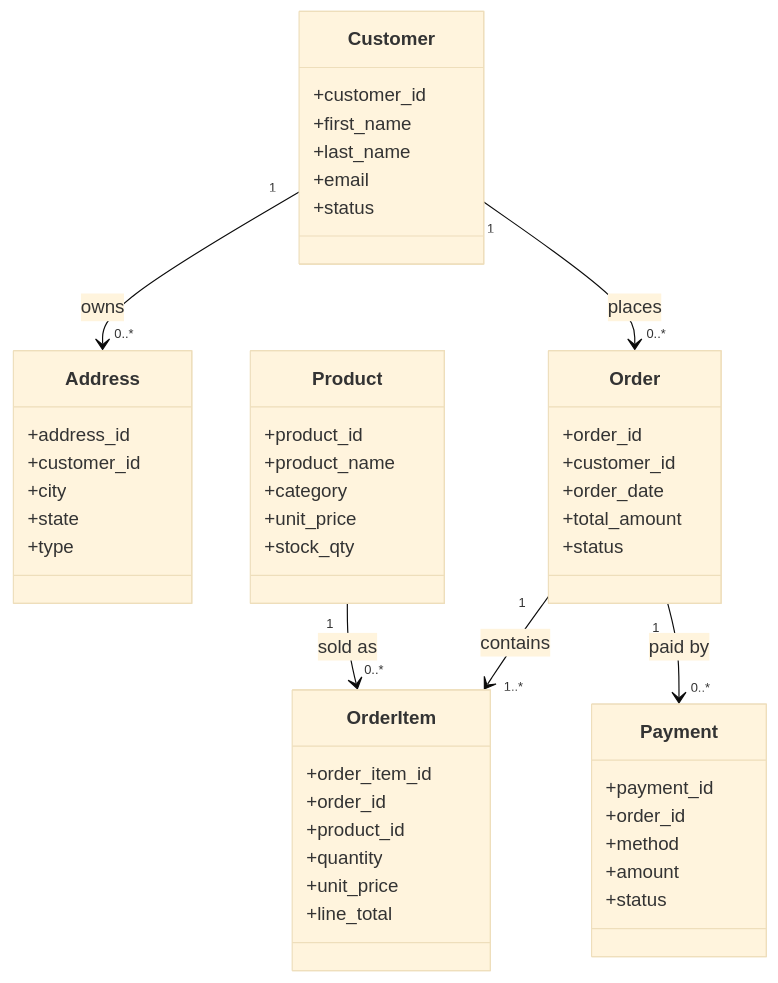
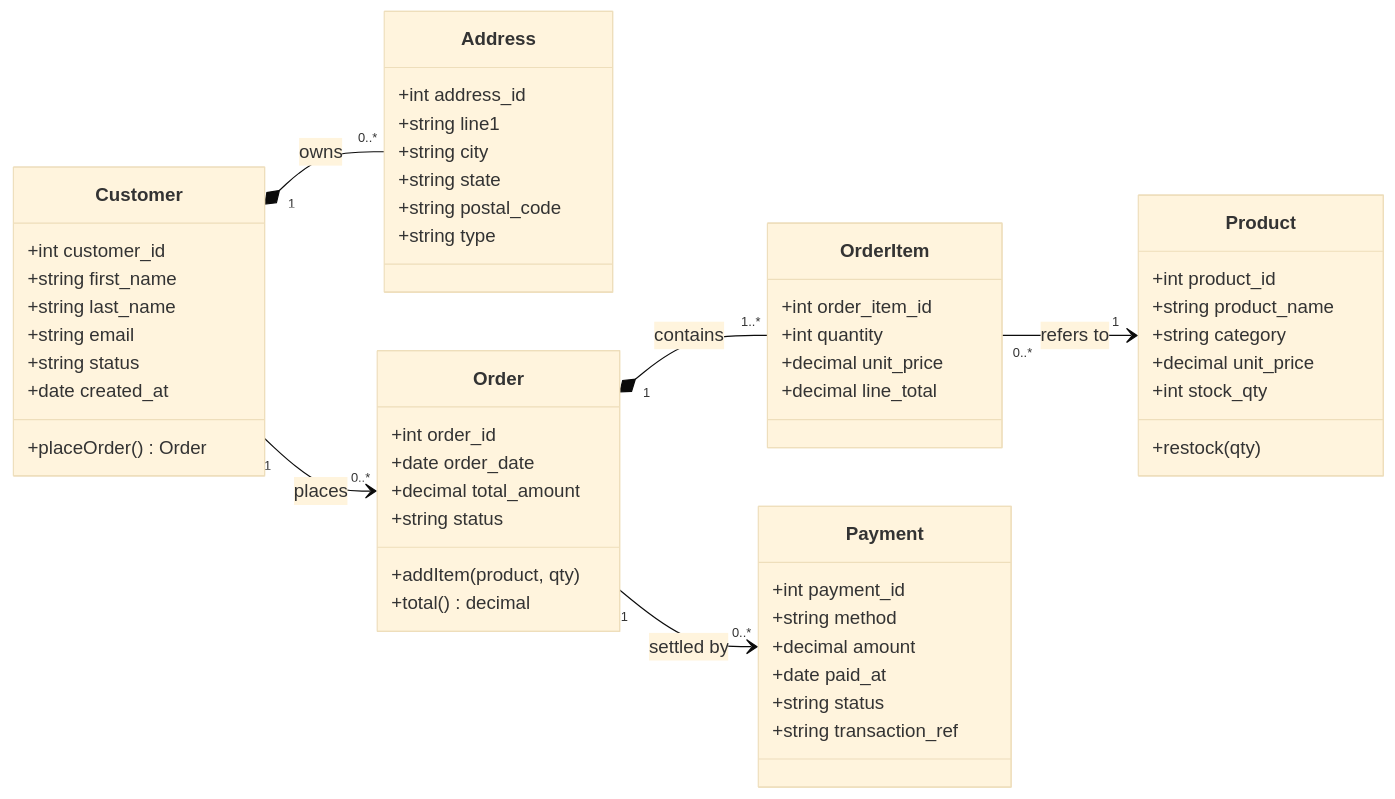
One commit to sriram270506/Cloud-Native-Distributed-SQL-DB changed the diagram in docs/supermarket_uml.mmd. Above: the diagram before and after it, drawn with Mermaid (base theme). The commit also changed 37 other files, not shown here.

```diff
--- a/docs/supermarket_uml.mmd
+++ b/docs/supermarket_uml.mmd
@@ -1,49 +1,54 @@
 classDiagram
+  direction LR
   class Customer {
-    +customer_id
-    +first_name
-    +last_name
-    +email
-    +status
+    +int customer_id
+    +string first_name
+    +string last_name
+    +string email
+    +string status
+    +date created_at
+    +placeOrder() Order
   }
   class Address {
-    +address_id
-    +customer_id
-    +city
-    +state
-    +type
+    +int address_id
+    +string line1
+    +string city
+    +string state
+    +string postal_code
+    +string type
   }
   class Product {
-    +product_id
-    +product_name
-    +category
-    +unit_price
-    +stock_qty
+    +int product_id
+    +string product_name
+    +string category
+    +decimal unit_price
+    +int stock_qty
+    +restock(qty)
   }
   class Order {
-    +order_id
-    +customer_id
-    +order_date
-    +total_amount
-    +status
+    +int order_id
+    +date order_date
+    +decimal total_amount
+    +string status
+    +addItem(product, qty)
+    +total() decimal
   }
   class OrderItem {
-    +order_item_id
-    +order_id
-    +product_id
-    +quantity
-    +unit_price
-    +line_total
+    +int order_item_id
+    +int quantity
+    +decimal unit_price
+    +decimal line_total
   }
   class Payment {
-    +payment_id
-    +order_id
-    +method
-    +amount
-    +status
+    +int payment_id
+    +string method
+    +decimal amount
+    +date paid_at
+    +string status
+    +string transaction_ref
   }
-  Customer "1" --> "0..*" Address : owns
+  Customer "1" *-- "0..*" Address : owns
   Customer "1" --> "0..*" Order : places
-  Order "1" --> "1..*" OrderItem : contains
-  Product "1" --> "0..*" OrderItem : sold as
-  Order "1" --> "0..*" Payment : paid by
+  Order "1" *-- "1..*" OrderItem : contains
+  OrderItem "0..*" --> "1" Product : refers to
+  Order "1" --> "0..*" Payment : settled by
```
